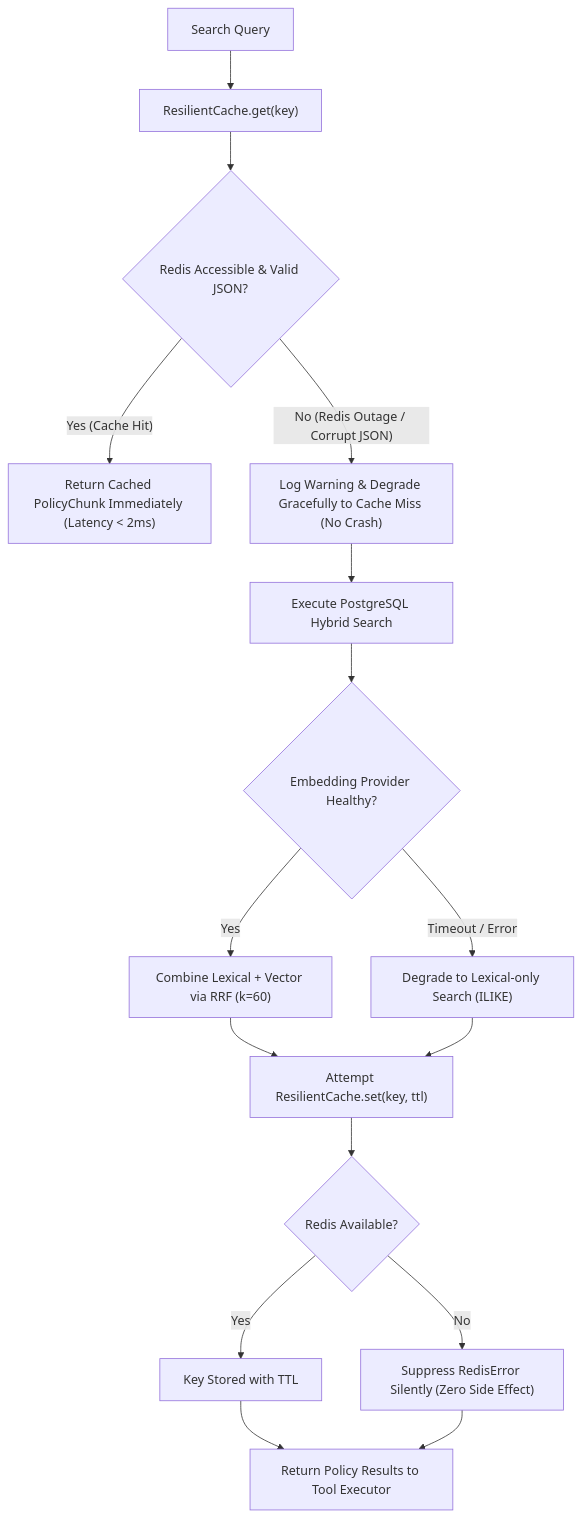
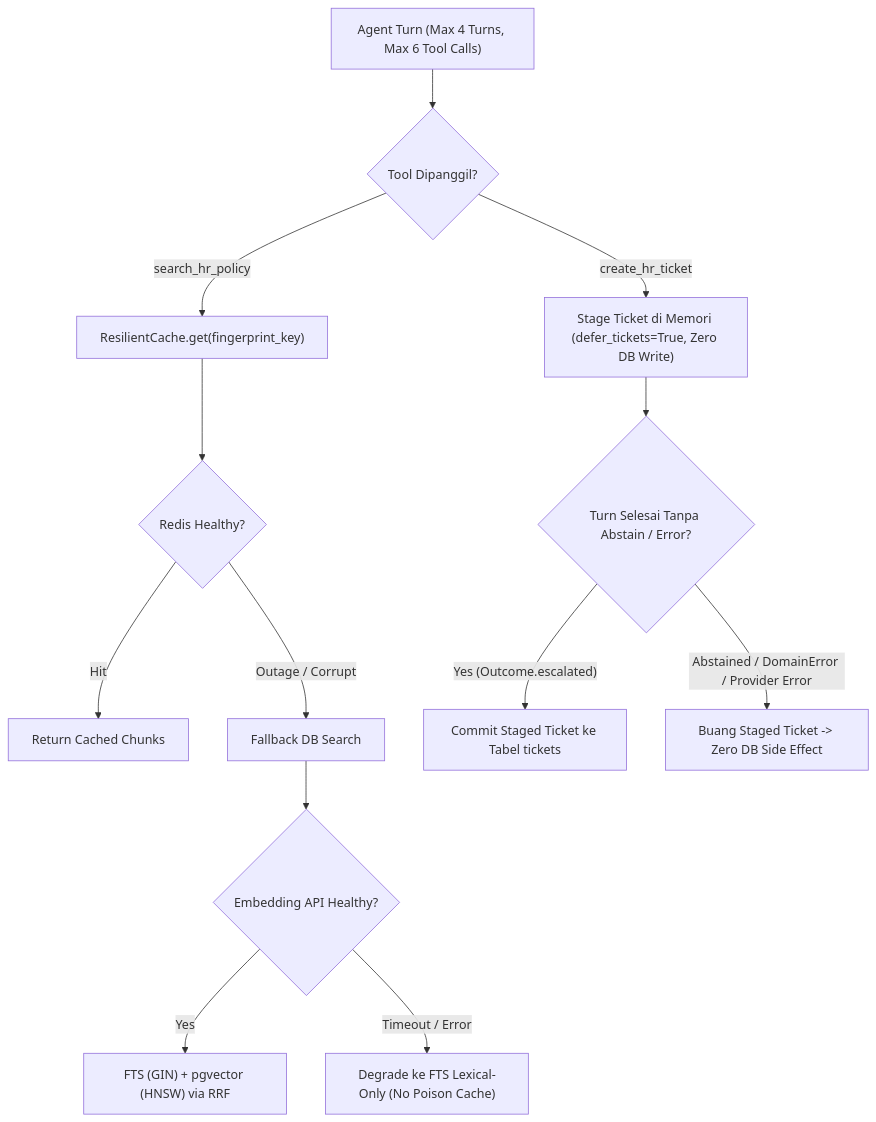
The fifth of 6 diagrams in milestone2-HR-Agent/architecture.md (azbayou/AIEN-RMT002-BayuAziz), drawn with Mermaid before and after one commit. The commit also changed other lines of this file and 41 other files, not shown here.

````diff
--- a/milestone2-HR-Agent/architecture.md
+++ b/milestone2-HR-Agent/architecture.md
@@ -217,24 +236,17 @@
 ```mermaid
 flowchart TD
-    Q["Search Query"] --> CACHE_REQ["ResilientCache.get(key)"]
-    CACHE_REQ --> TRY_REDIS{"Redis Accessible & Valid JSON?"}
+    TURN["Agent Turn (Max 4 Turns, Max 6 Tool Calls)"] --> CALL_TOOL{"Tool Dipanggil?"}
+    CALL_TOOL -->|"create_hr_ticket"| STAGE["Stage Ticket di Memori (defer_tickets=True, Zero DB Write)"]
+    CALL_TOOL -->|"search_hr_policy"| CACHE_REQ["ResilientCache.get(fingerprint_key)"]
 
-    TRY_REDIS -->|"Yes (Cache Hit)"| RETURN_CACHE["Return Cached PolicyChunk Immediately (Latency < 2ms)"]
-    TRY_REDIS -->|"No (Redis Outage / Corrupt JSON)"| LOG_WARN["Log Warning & Degrade Gracefully to Cache Miss (No Crash)"]
+    CACHE_REQ --> TRY_REDIS{"Redis Healthy?"}
+    TRY_REDIS -->|"Hit"| RET_CACHE["Return Cached Chunks"]
+    TRY_REDIS -->|"Outage / Corrupt"| LEX_VEC["Fallback DB Search"]
+    LEX_VEC --> TRY_EMBED{"Embedding API Healthy?"}
+    TRY_EMBED -->|"Yes"| HYBRID["FTS (GIN) + pgvector (HNSW) via RRF"]
+    TRY_EMBED -->|"Timeout / Error"| LEX_ONLY["Degrade ke FTS Lexical-Only (No Poison Cache)"]
 
-    LOG_WARN --> QUERY_DB["Execute PostgreSQL Hybrid Search"]
-    QUERY_DB --> TRY_EMBED{"Embedding Provider Healthy?"}
-
-    TRY_EMBED -->|"Yes"| FULL_HYBRID["Combine Lexical + Vector via RRF (k=60)"]
-    TRY_EMBED -->|"Timeout / Error"| LEX_ONLY["Degrade to Lexical-only Search (ILIKE)"]
-
-    FULL_HYBRID --> CACHE_SET["Attempt ResilientCache.set(key, ttl)"]
-    LEX_ONLY --> CACHE_SET
-
-    CACHE_SET --> SET_REDIS{"Redis Available?"}
-    SET_REDIS -->|"Yes"| STORED["Key Stored with TTL"]
-    SET_REDIS -->|"No"| SUPPRESS["Suppress RedisError Silently (Zero Side Effect)"]
-
-    STORED --> FINAL_RETURN["Return Policy Results to Tool Executor"]
-    SUPPRESS --> FINAL_RETURN
+    STAGE --> END_CHECK{"Turn Selesai Tanpa Abstain / Error?"}
+    END_CHECK -->|"Yes (Outcome.escalated)"| COMMIT_TICKET["Commit Staged Ticket ke Tabel tickets"]
+    END_CHECK -->|"Abstained / DomainError / Provider Error"| ROLLBACK_STAGE["Buang Staged Ticket -> Zero DB Side Effect"]
 ```
````
